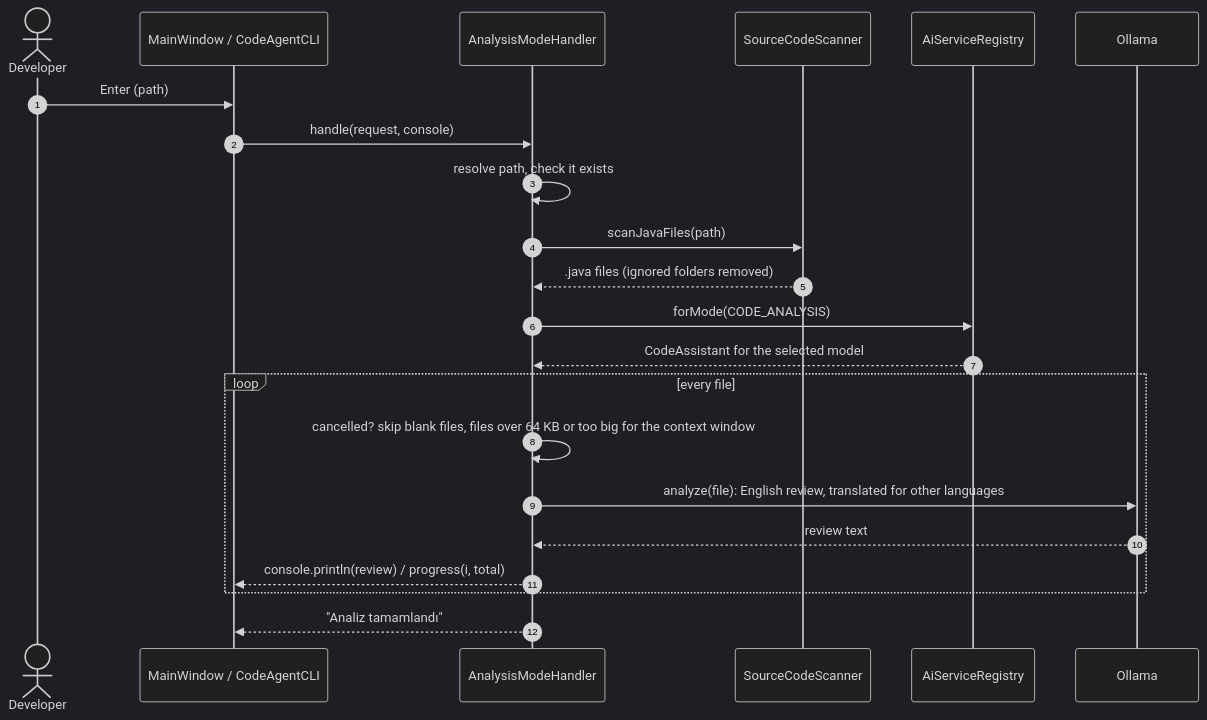
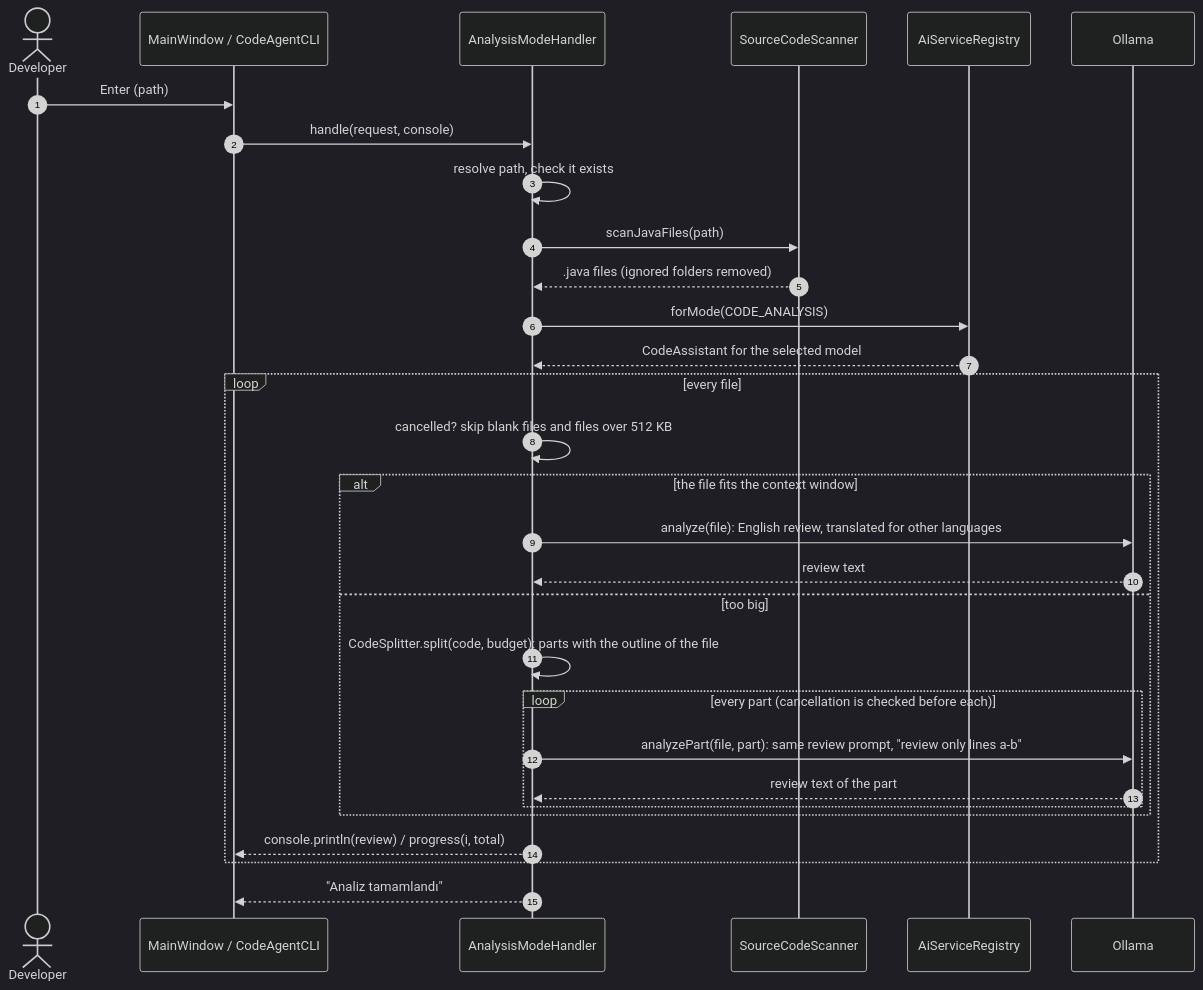
Before and after one commit to burak-can-onarim/blue-ring-octopus-cli: the fourth of 5 diagrams in docs/ARCHITECTURE.md, drawn with Mermaid (dark theme). The commit also changed other lines of this file and 6 other files, not shown here.

````diff
--- a/docs/ARCHITECTURE.md
+++ b/docs/ARCHITECTURE.md
@@ -154,25 +154,33 @@
 ```mermaid
 sequenceDiagram
     autonumber
     actor U as Developer
     participant W as MainWindow / CodeAgentCLI
     participant A as AnalysisModeHandler
     participant S as SourceCodeScanner
     participant R as AiServiceRegistry
     participant M as Ollama
 
     U->>W: Enter (path)
     W->>A: handle(request, console)
     A->>A: resolve path, check it exists
     A->>S: scanJavaFiles(path)
     S-->>A: .java files (ignored folders removed)
     A->>R: forMode(CODE_ANALYSIS)
     R-->>A: CodeAssistant for the selected model
     loop every file
-        A->>A: cancelled? skip blank files, files over 64 KB or too big for the context window
-        A->>M: analyze(file): English review, translated for other languages
-        M-->>A: review text
+        A->>A: cancelled? skip blank files and files over 512 KB
+        alt the file fits the context window
+            A->>M: analyze(file): English review, translated for other languages
+            M-->>A: review text
+        else too big
+            A->>A: CodeSplitter.split(code, budget): parts with the outline of the file
+            loop every part (cancellation is checked before each)
+                A->>M: analyzePart(file, part): same review prompt, "review only lines a-b"
+                M-->>A: review text of the part
+            end
+        end
         A-->>W: console.println(review) / progress(i, total)
     end
     A-->>W: "Analiz tamamlandı"
 ```
````
